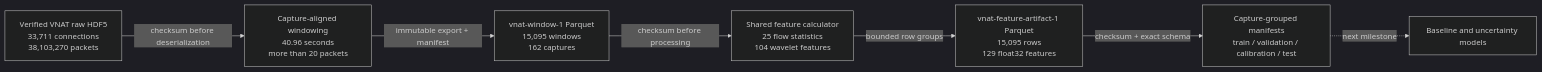
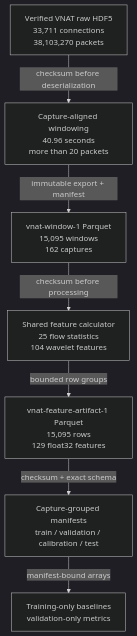
The diagram in docs/data-pipeline.md (JCrossoverGithub/Parallax), drawn with Mermaid (dark theme) before and after one commit. The commit also changed other lines of this file and 6 other files, not shown here.

Commit message:
Document initial VNAT validation baselines

````diff
--- a/docs/data-pipeline.md
+++ b/docs/data-pipeline.md
@@ -11,17 +11,17 @@
 ```mermaid
-flowchart LR
+flowchart TD
     A[Verified VNAT raw HDF5<br/>33,711 connections<br/>38,103,270 packets]
     B[Capture-aligned windowing<br/>40.96 seconds<br/>more than 20 packets]
     C[vnat-window-1 Parquet<br/>15,095 windows<br/>162 captures]
     D[Shared feature calculator<br/>25 flow statistics<br/>104 wavelet features]
     E[vnat-feature-artifact-1 Parquet<br/>15,095 rows<br/>129 float32 features]
     F[Capture-grouped manifests<br/>train / validation / calibration / test]
-    G[Baseline and uncertainty models]
+    G[Training-only baselines<br/>validation-only metrics]
 
     A -->|checksum before deserialization| B
     B -->|immutable export + manifest| C
     C -->|checksum before processing| D
     D -->|bounded row groups| E
     E -->|checksum + exact schema| F
-    F -. next milestone .-> G
+    F -->|manifest-bound arrays| G
 ```
````
